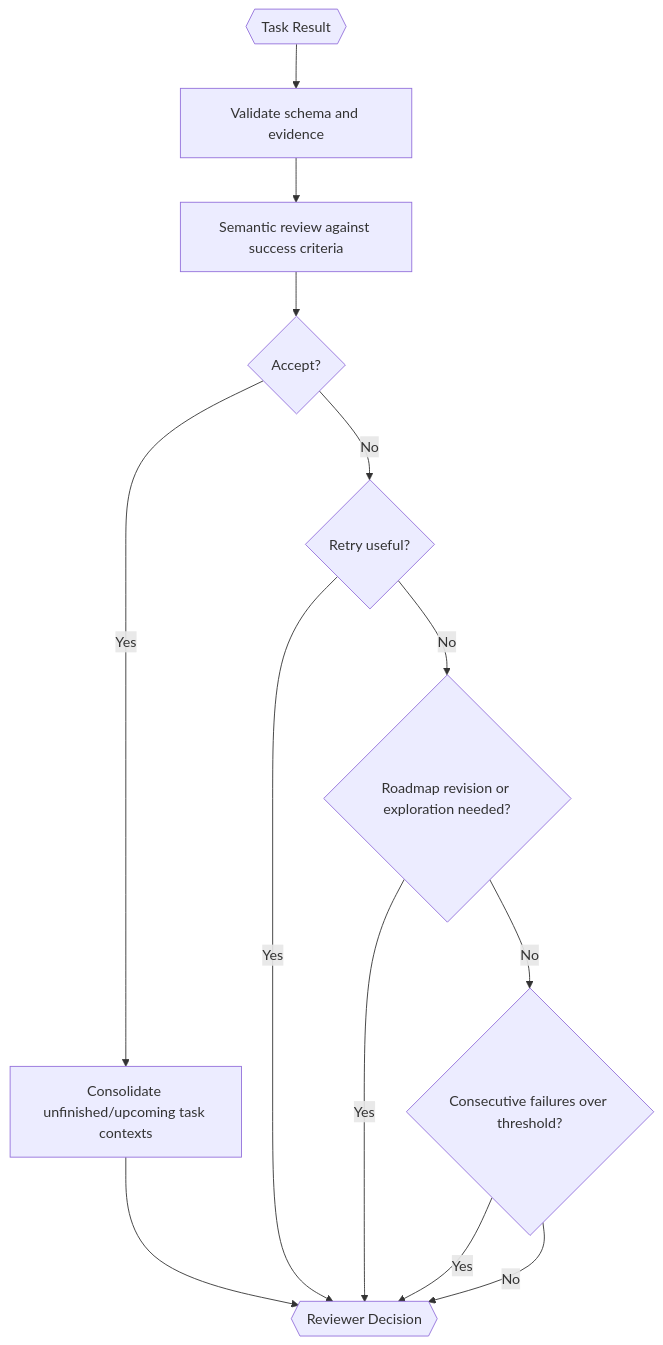
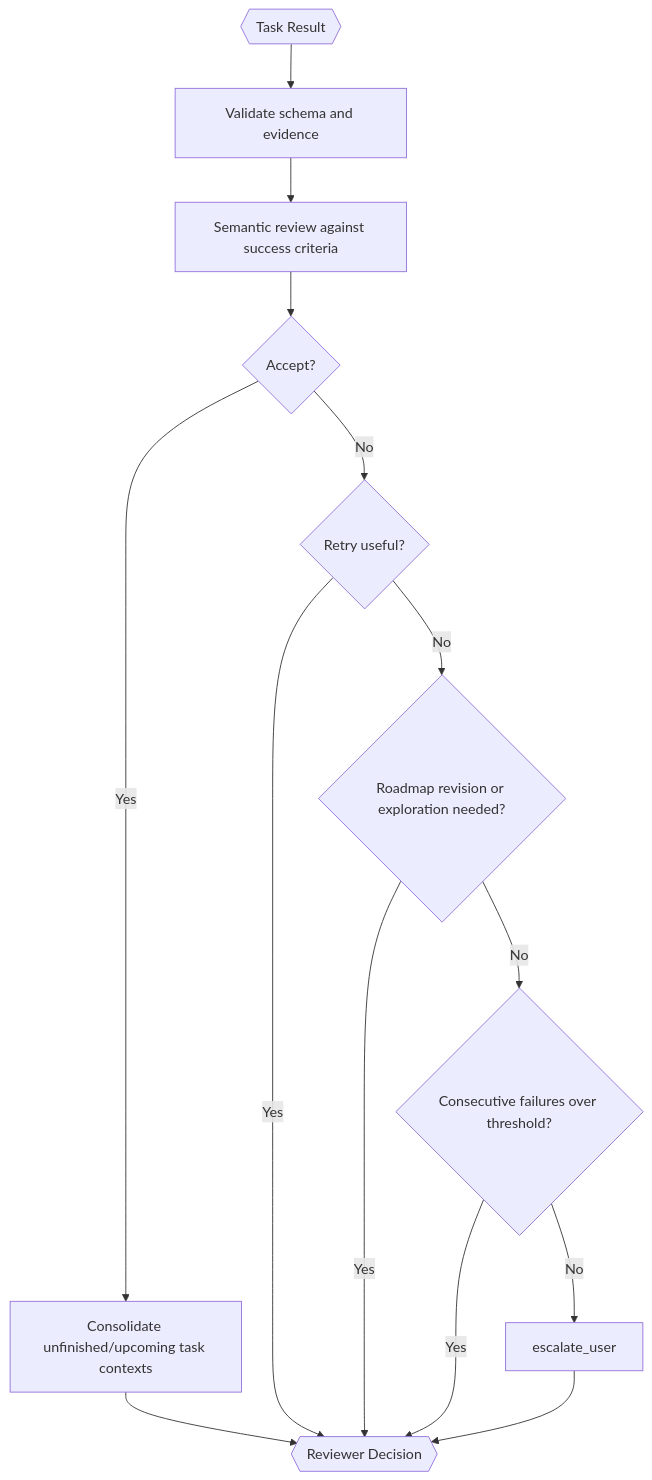
Before and after one commit to VJyzCELERY/TINYCUA: the diagram in src/tinycua/docs/architecture/task-reviewer.md, drawn with Mermaid. The commit also changed other lines of this file and 7 other files, not shown here.

First line of the commit message:
docs: address review findings for architecture coherence

````diff
--- a/src/tinycua/docs/architecture/task-reviewer.md
+++ b/src/tinycua/docs/architecture/task-reviewer.md
@@ -66,25 +66,27 @@
 ```mermaid
 flowchart TD
     INPUT{{"Task Result"}}
     CHECK["Validate schema and evidence"]
     REVIEW["Semantic review against success criteria"]
     ACCEPT{"Accept?"}
     PROP["Consolidate unfinished/upcoming task contexts"]
     RETRY{"Retry useful?"}
     REPLAN{"Roadmap revision or exploration needed?"}
     FAILS{"Consecutive failures over threshold?"}
+    ESCALATE["escalate_user"]
     OUT{{"Reviewer Decision"}}
 
     INPUT --> CHECK
     CHECK --> REVIEW
     REVIEW --> ACCEPT
     ACCEPT -->|Yes| PROP
     PROP --> OUT
     ACCEPT -->|No| RETRY
     RETRY -->|Yes| OUT
     RETRY -->|No| REPLAN
     REPLAN -->|Yes| OUT
     REPLAN -->|No| FAILS
     FAILS -->|Yes| OUT
-    FAILS -->|No| OUT
+    FAILS -->|No| ESCALATE
+    ESCALATE --> OUT
 ```
````
